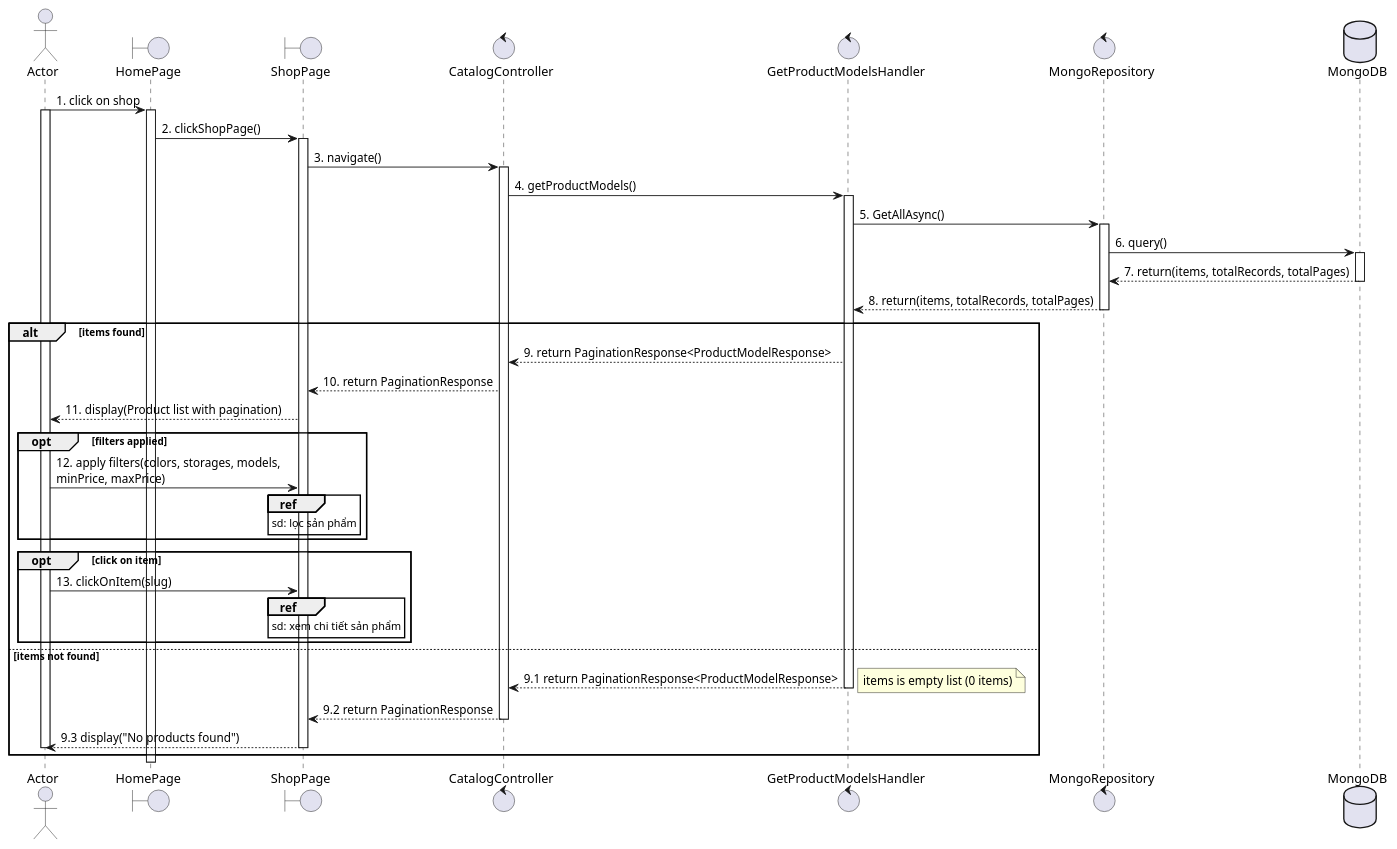
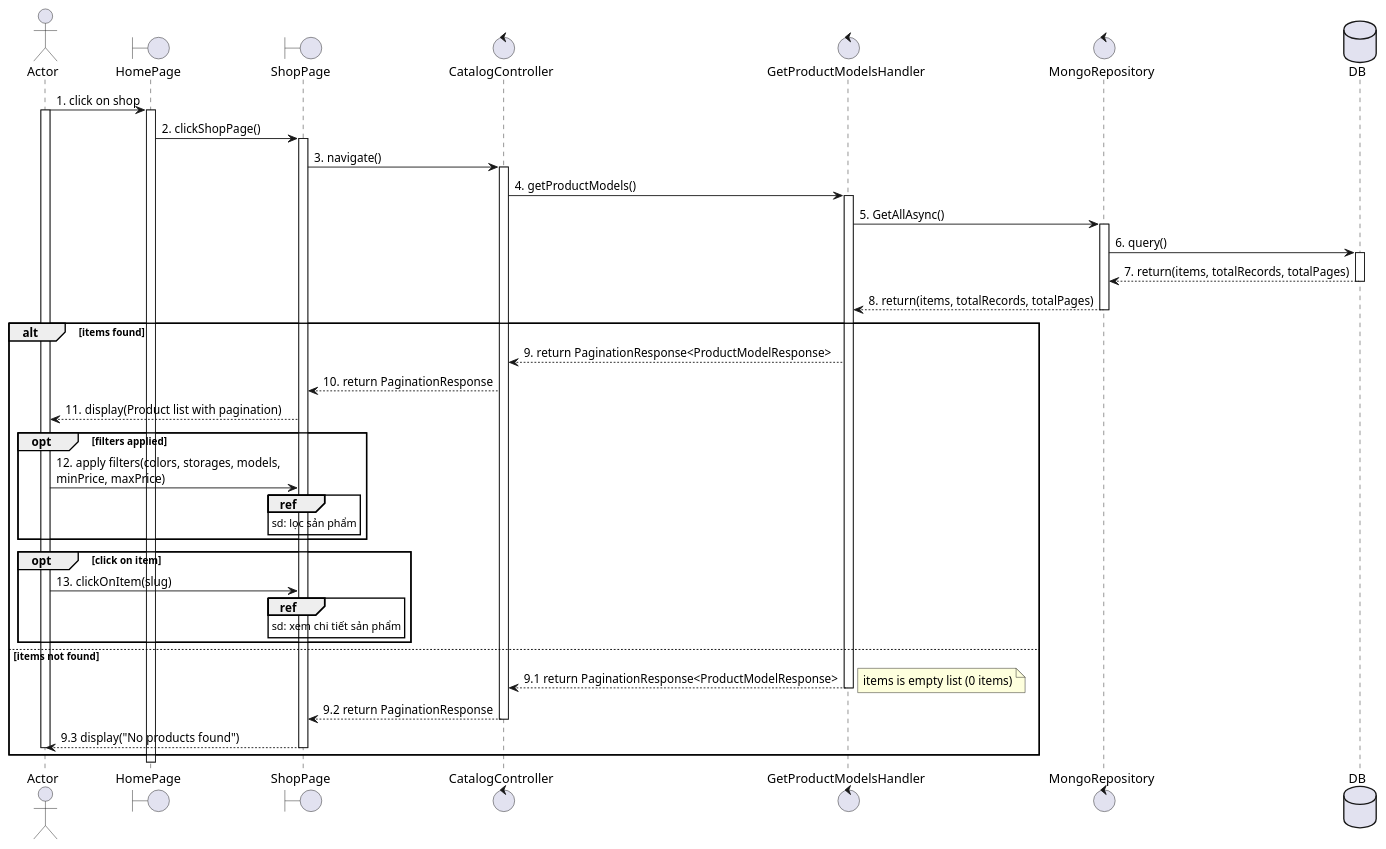
Before and after one commit to Young-Z-Generation-YZG/your-comfort-my-apple: the diagram in docs/usecases/UC5_view-product-list.plantuml, drawn with PlantUML. The commit also changed 4 other files, not shown here.

```diff
--- a/docs/usecases/UC5_view-product-list.plantuml
+++ b/docs/usecases/UC5_view-product-list.plantuml
@@ -1,58 +1,58 @@
 @startuml UC5_view-product-list
 actor Actor
 boundary HomePage
 boundary ShopPage
 control CatalogController
 control GetProductModelsHandler
 control MongoRepository
-database MongoDB
+database DB
 
 
 Actor -> HomePage: 1. click on shop
 activate Actor
 activate HomePage
 
 HomePage -> ShopPage: 2. clickShopPage()
 activate ShopPage
 
 ShopPage -> CatalogController: 3. navigate()
 activate CatalogController
 
 CatalogController -> GetProductModelsHandler: 4. getProductModels()
 activate GetProductModelsHandler
 
 GetProductModelsHandler -> MongoRepository: 5. GetAllAsync()
 activate MongoRepository
 
-MongoRepository -> MongoDB: 6. query()
-activate MongoDB
-MongoDB --> MongoRepository: 7. return(items, totalRecords, totalPages)
-deactivate MongoDB
+MongoRepository -> DB: 6. query()
+activate DB
+DB --> MongoRepository: 7. return(items, totalRecords, totalPages)
+deactivate DB
 MongoRepository --> GetProductModelsHandler: 8. return(items, totalRecords, totalPages)
 deactivate MongoRepository
 
 alt items found
     GetProductModelsHandler --> CatalogController: 9. return PaginationResponse<ProductModelResponse>
     CatalogController --> ShopPage: 10. return PaginationResponse
     ShopPage --> Actor: 11. display(Product list with pagination)
     opt filters applied
         Actor -> ShopPage: 12. apply filters(colors, storages, models, \nminPrice, maxPrice)
             ref over ShopPage: sd: lọc sản phẩm
     end
     opt click on item
         Actor -> ShopPage: 13. clickOnItem(slug)
             ref over ShopPage: sd: xem chi tiết sản phẩm
     end
 else items not found
     GetProductModelsHandler --> CatalogController: 9.1 return PaginationResponse<ProductModelResponse>
     deactivate GetProductModelsHandler
     note right
         items is empty list (0 items)
     end note
     CatalogController --> ShopPage: 9.2 return PaginationResponse
     deactivate CatalogController
     ShopPage --> Actor: 9.3 display("No products found")
     deactivate ShopPage
     deactivate Actor
 end
 @enduml
```
